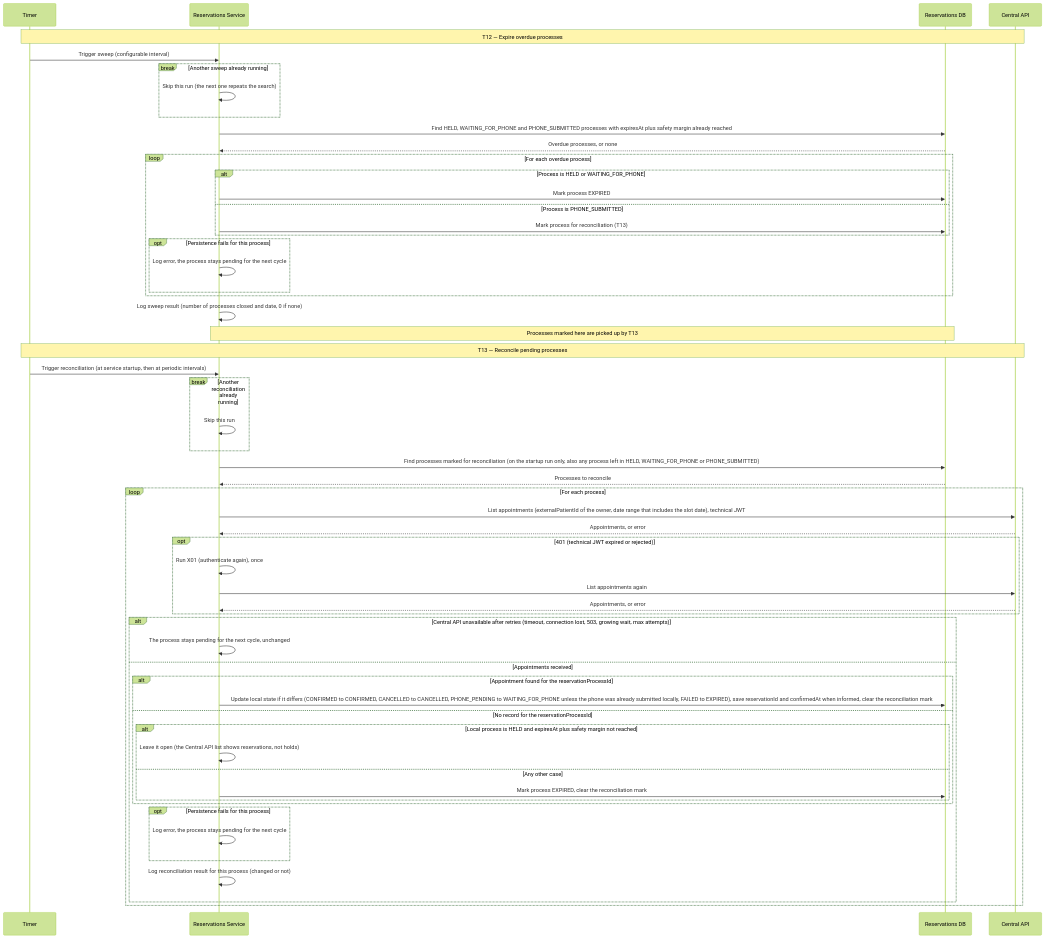
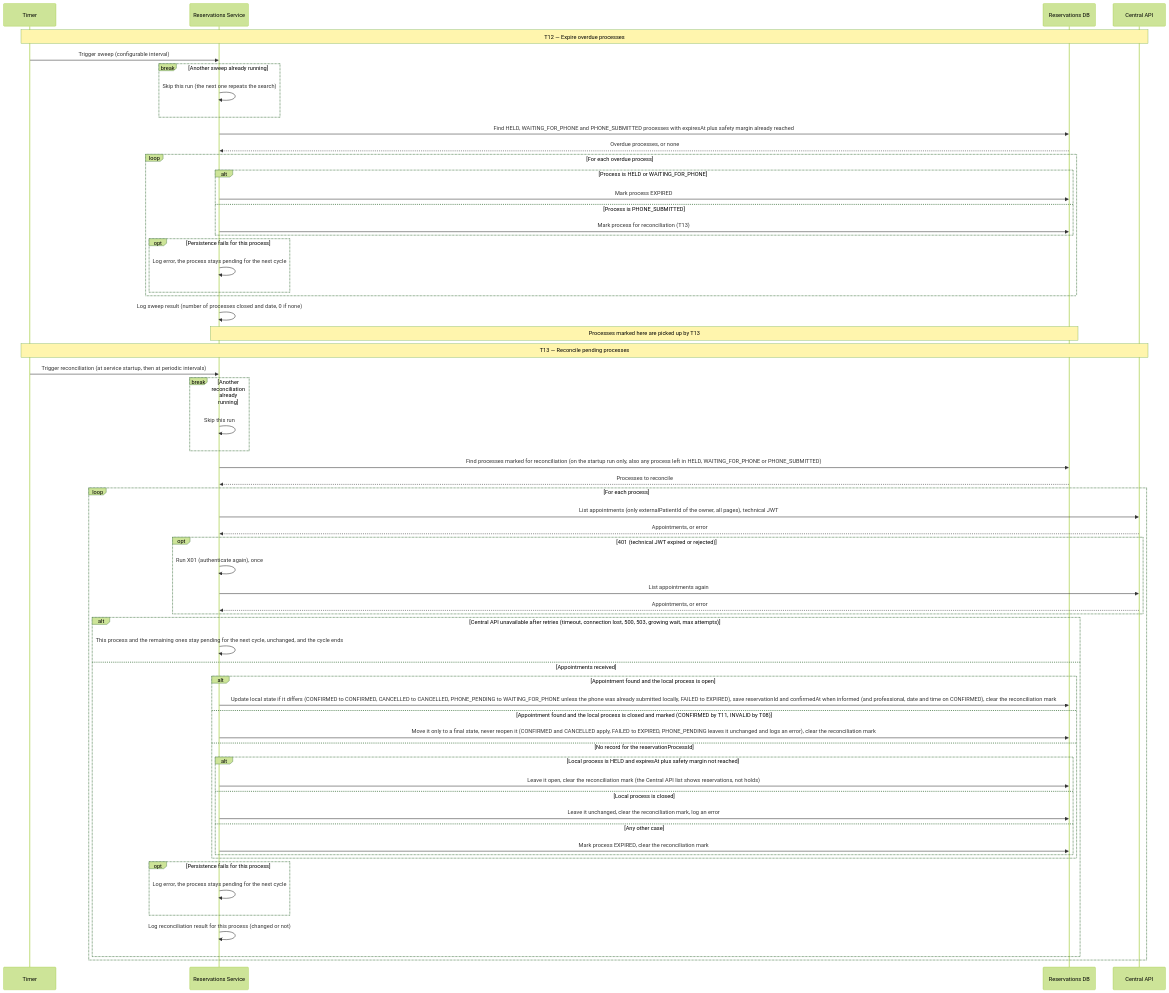
The seventh of 7 diagrams in docs/secuencias/turnos_y_reservas_secuencia.md (Programacion2-IgnacioMilutin-2026/turnos_service), drawn with Mermaid (forest theme) before and after one commit. The commit also changed 11 other files, not shown here.

````diff
--- a/docs/secuencias/turnos_y_reservas_secuencia.md
+++ b/docs/secuencias/turnos_y_reservas_secuencia.md
@@ -572,61 +572,65 @@
 ```mermaid
 sequenceDiagram
     participant Timer as Timer
     participant Service as Reservations Service
     participant DB as Reservations DB
     participant Central as Central API
 
     Note over Timer,Central: T12 — Expire overdue processes
     Timer->>Service: Trigger sweep (configurable interval)
     break Another sweep already running
         Service->>Service: Skip this run (the next one repeats the search)
     end
     Service->>DB: Find HELD, WAITING_FOR_PHONE and PHONE_SUBMITTED processes with expiresAt plus safety margin already reached
     DB-->>Service: Overdue processes, or none
     loop For each overdue process
         alt Process is HELD or WAITING_FOR_PHONE
             Service->>DB: Mark process EXPIRED
         else Process is PHONE_SUBMITTED
             Service->>DB: Mark process for reconciliation (T13)
         end
         opt Persistence fails for this process
             Service->>Service: Log error, the process stays pending for the next cycle
         end
     end
     Service->>Service: Log sweep result (number of processes closed and date, 0 if none)
     Note over Service,DB: Processes marked here are picked up by T13
 
     Note over Timer,Central: T13 — Reconcile pending processes
     Timer->>Service: Trigger reconciliation (at service startup, then at periodic intervals)
     break Another reconciliation already running
         Service->>Service: Skip this run
     end
     Service->>DB: Find processes marked for reconciliation (on the startup run only, also any process left in HELD, WAITING_FOR_PHONE or PHONE_SUBMITTED)
     DB-->>Service: Processes to reconcile
     loop For each process
-        Service->>Central: List appointments (externalPatientId of the owner, date range that includes the slot date), technical JWT
+        Service->>Central: List appointments (only externalPatientId of the owner, all pages), technical JWT
         Central-->>Service: Appointments, or error
         opt 401 (technical JWT expired or rejected)
             Service->>Service: Run X01 (authenticate again), once
             Service->>Central: List appointments again
             Central-->>Service: Appointments, or error
         end
-        alt Central API unavailable after retries (timeout, connection lost, 503, growing wait, max attempts)
-            Service->>Service: The process stays pending for the next cycle, unchanged
+        alt Central API unavailable after retries (timeout, connection lost, 500, 503, growing wait, max attempts)
+            Service->>Service: This process and the remaining ones stay pending for the next cycle, unchanged, and the cycle ends
         else Appointments received
-            alt Appointment found for the reservationProcessId
-                Service->>DB: Update local state if it differs (CONFIRMED to CONFIRMED, CANCELLED to CANCELLED, PHONE_PENDING to WAITING_FOR_PHONE unless the phone was already submitted locally, FAILED to EXPIRED), save reservationId and confirmedAt when informed, clear the reconciliation mark
+            alt Appointment found and the local process is open
+                Service->>DB: Update local state if it differs (CONFIRMED to CONFIRMED, CANCELLED to CANCELLED, PHONE_PENDING to WAITING_FOR_PHONE unless the phone was already submitted locally, FAILED to EXPIRED), save reservationId and confirmedAt when informed (and professional, date and time on CONFIRMED), clear the reconciliation mark
+            else Appointment found and the local process is closed and marked (CONFIRMED by T11, INVALID by T08)
+                Service->>DB: Move it only to a final state, never reopen it (CONFIRMED and CANCELLED apply, FAILED to EXPIRED, PHONE_PENDING leaves it unchanged and logs an error), clear the reconciliation mark
             else No record for the reservationProcessId
                 alt Local process is HELD and expiresAt plus safety margin not reached
-                    Service->>Service: Leave it open (the Central API list shows reservations, not holds)
+                    Service->>DB: Leave it open, clear the reconciliation mark (the Central API list shows reservations, not holds)
+                else Local process is closed
+                    Service->>DB: Leave it unchanged, clear the reconciliation mark, log an error
                 else Any other case
                     Service->>DB: Mark process EXPIRED, clear the reconciliation mark
                 end
             end
             opt Persistence fails for this process
                 Service->>Service: Log error, the process stays pending for the next cycle
             end
             Service->>Service: Log reconciliation result for this process (changed or not)
         end
     end
 ```
````
